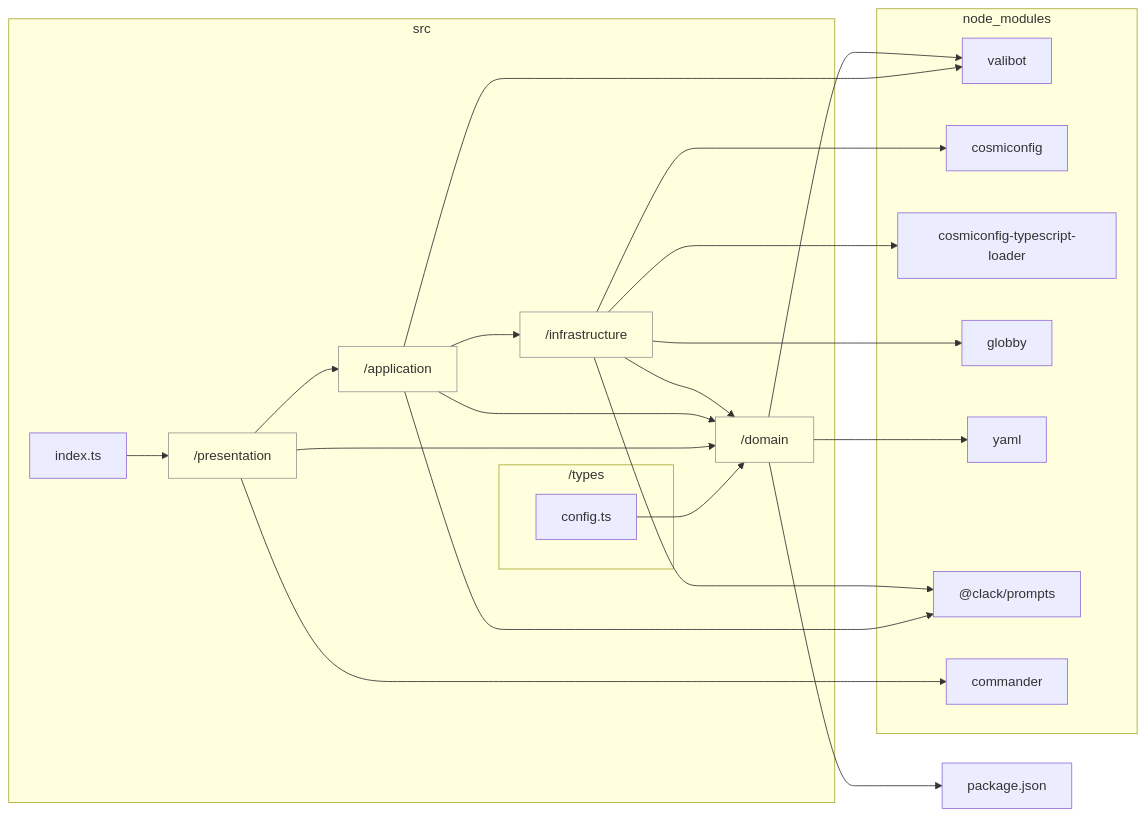
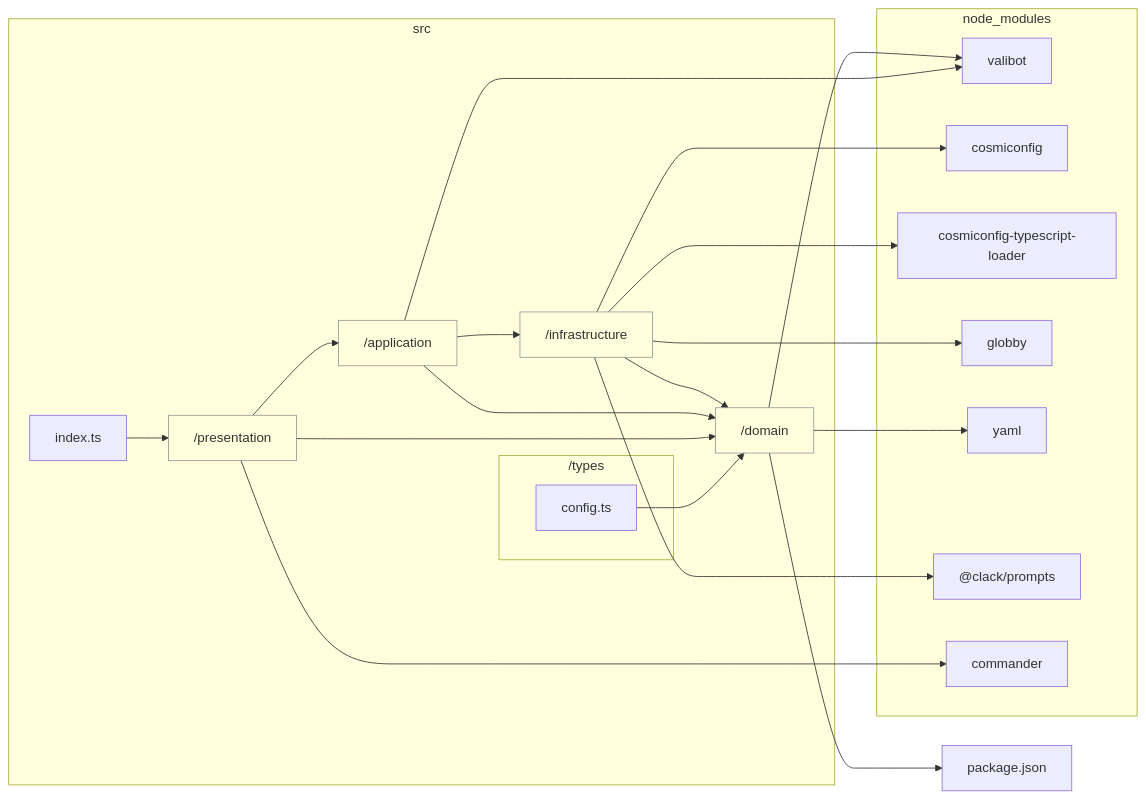
The diagram in docs/reports/dependencies/layers.md (sugurutakahashi-1234/mermaid-markdown-wrap), drawn with Mermaid before and after one commit. The commit also changed 7 other files, not shown here.

````diff
--- a/docs/reports/dependencies/layers.md
+++ b/docs/reports/dependencies/layers.md
@@ -7,40 +7,39 @@
 ```mermaid
 flowchart LR
     classDef dir fill:#0000,stroke:#999
     subgraph src["src"]
         src/domain["/domain"]:::dir
         src/infrastructure["/infrastructure"]:::dir
         src/application["/application"]:::dir
         src/presentation["/presentation"]:::dir
         src/index.ts["index.ts"]
         subgraph src/types["/types"]
             src/types/config.ts["config.ts"]
         end
     end
     subgraph node//modules["node_modules"]
         node//modules/valibot/dist/index.d.cts["valibot"]
         node//modules/cosmiconfig/dist/index.d.ts["cosmiconfig"]
         node//modules/cosmiconfig//typescript//loader/dist/types/index.d.ts["cosmiconfig-typescript-loader"]
         node//modules/globby/index.d.ts["globby"]
         node//modules/yaml/dist/index.d.ts["yaml"]
         node//modules///clack/prompts/dist/index.d.ts["@clack/prompts"]
         node//modules/commander/typings/index.d.ts["commander"]
     end
     src/domain-->node//modules/valibot/dist/index.d.cts
     src/domain-->package.json
     src/infrastructure-->node//modules/cosmiconfig/dist/index.d.ts
     src/infrastructure-->node//modules/cosmiconfig//typescript//loader/dist/types/index.d.ts
     src/infrastructure-->src/domain
     src/infrastructure-->node//modules/globby/index.d.ts
     src/application-->src/domain
     src/application-->src/infrastructure
     src/domain-->node//modules/yaml/dist/index.d.ts
     src/infrastructure-->node//modules///clack/prompts/dist/index.d.ts
-    src/application-->node//modules///clack/prompts/dist/index.d.ts
     src/application-->node//modules/valibot/dist/index.d.cts
     src/presentation-->node//modules/commander/typings/index.d.ts
     src/presentation-->src/application
     src/presentation-->src/domain
     src/index.ts-->src/presentation
     src/types/config.ts-->src/domain
 ```
````
